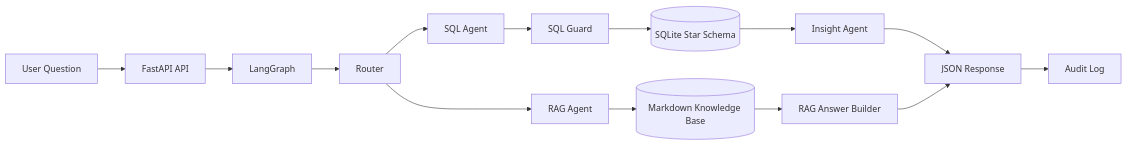
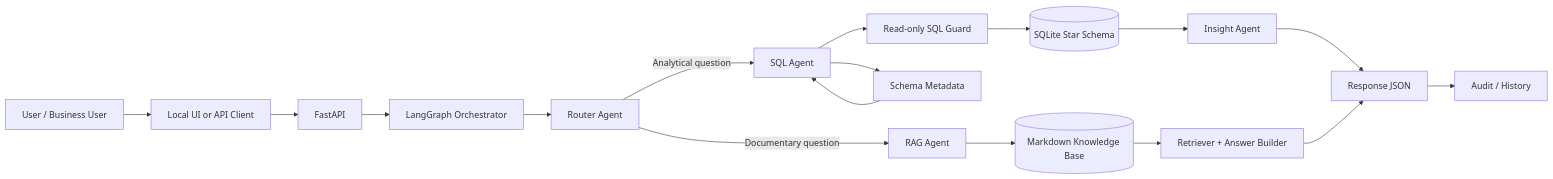
One commit to epixelltech-droid/ai-bi-copilot changed the diagram in README.md. Above: the diagram before and after it, drawn with Mermaid. The commit also changed other lines of this file and 5 other files, not shown here.

Commit message:
Refine AI architecture docs and stabilize hybrid tests

````diff
--- a/README.md
+++ b/README.md
@@ -67,16 +77,19 @@
 ```mermaid
 flowchart LR
-    U[User Question] --> API[FastAPI API]
-    API --> G[LangGraph]
-    G --> R[Router]
-    R --> SQL[SQL Agent]
-    R --> RAG[RAG Agent]
-    SQL --> GUARD[SQL Guard]
+    U[User / Business User] --> UI[Local UI or API Client]
+    UI --> API[FastAPI]
+    API --> G[LangGraph Orchestrator]
+    G --> R[Router Agent]
+    R -->|Analytical question| SQL[SQL Agent]
+    R -->|Documentary question| RAG[RAG Agent]
+    SQL --> META[Schema Metadata]
+    SQL --> GUARD[Read-only SQL Guard]
+    META --> SQL
     GUARD --> DB[(SQLite Star Schema)]
     DB --> INSIGHT[Insight Agent]
     RAG --> KB[(Markdown Knowledge Base)]
-    KB --> ANSWER[RAG Answer Builder]
-    INSIGHT --> RESP[JSON Response]
-    ANSWER --> RESP
-    RESP --> AUDIT[Audit Log]
+    KB --> RETRIEVE[Retriever + Answer Builder]
+    INSIGHT --> RESP[Response JSON]
+    RETRIEVE --> RESP
+    RESP --> AUDIT[Audit / History]
 ```
````
